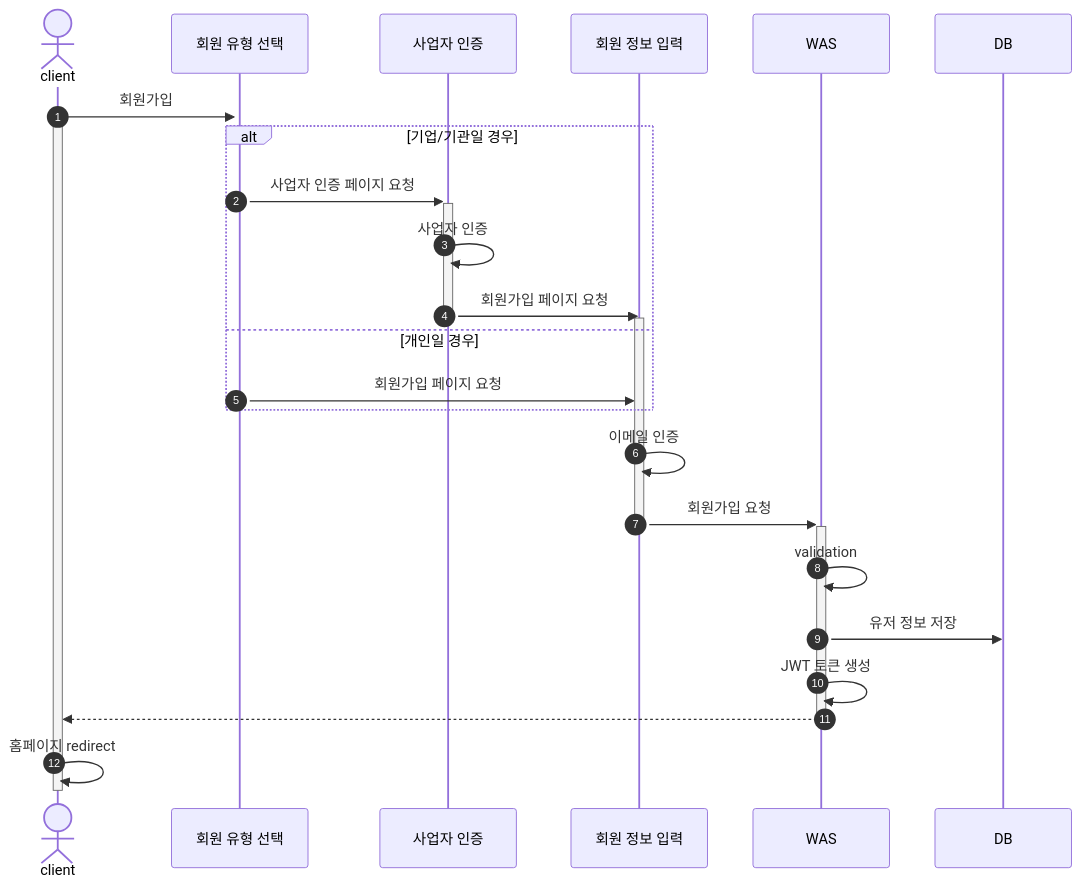
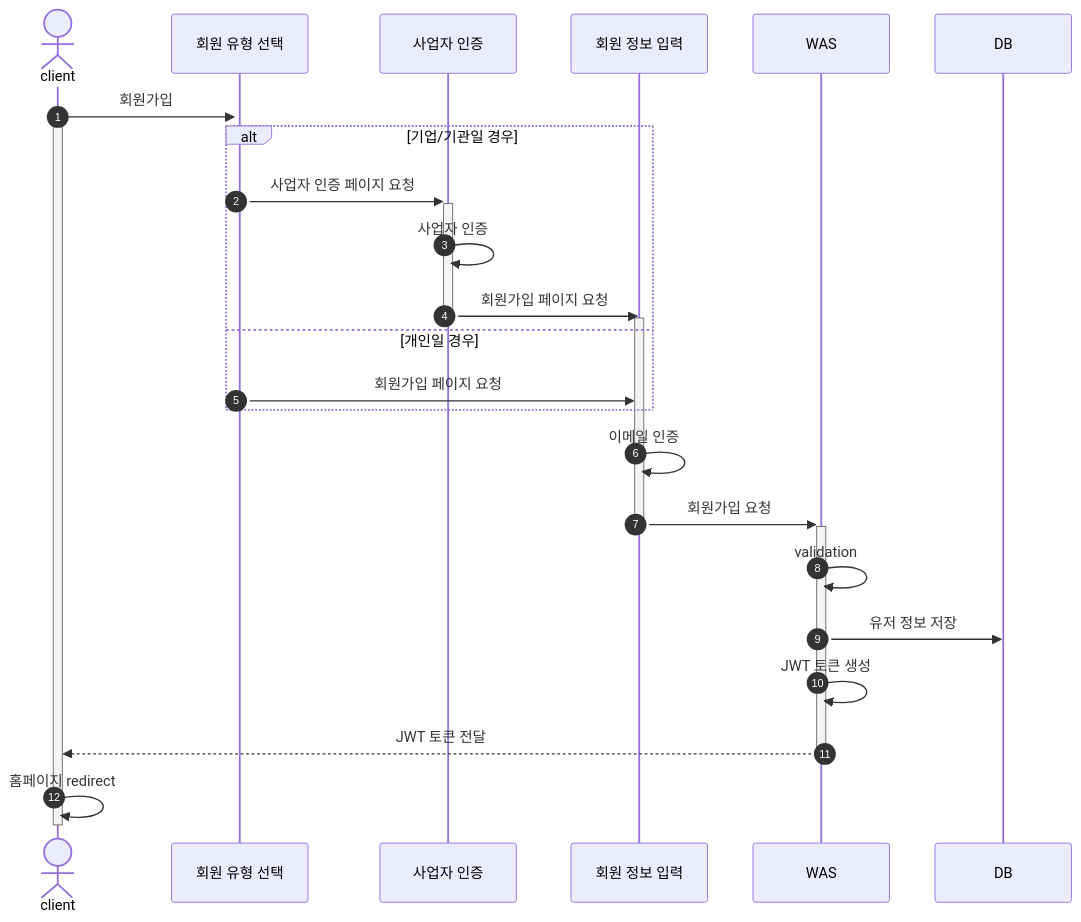
Before and after one commit to JadeKim042386/My3D: the first of 7 diagrams in README.md, drawn with Mermaid. The commit also changed other lines of this file, not shown here.

````diff
--- a/README.md
+++ b/README.md
@@ -51,24 +51,24 @@
 ```mermaid
   sequenceDiagram
     autonumber
     actor client
     client ->>+ 회원 유형 선택: 회원가입
     activate client
     alt 기업/기관일 경우
         회원 유형 선택 ->>+ 사업자 인증: 사업자 인증 페이지 요청
         사업자 인증 ->> 사업자 인증: 사업자 인증
         사업자 인증 ->>- 회원 정보 입력: 회원가입 페이지 요청
         activate 회원 정보 입력
     else 개인일 경우
         회원 유형 선택 ->> 회원 정보 입력: 회원가입 페이지 요청
     end
     회원 정보 입력 ->> 회원 정보 입력: 이메일 인증
     회원 정보 입력 ->>+ WAS: 회원가입 요청
     deactivate 회원 정보 입력
     WAS ->> WAS: validation
     WAS ->> DB: 유저 정보 저장
     WAS ->> WAS: JWT 토큰 생성
-    WAS -->>- client: 
+    WAS -->>- client: JWT 토큰 전달
     client ->> client: 홈페이지 redirect 
     deactivate client
 ```
````
